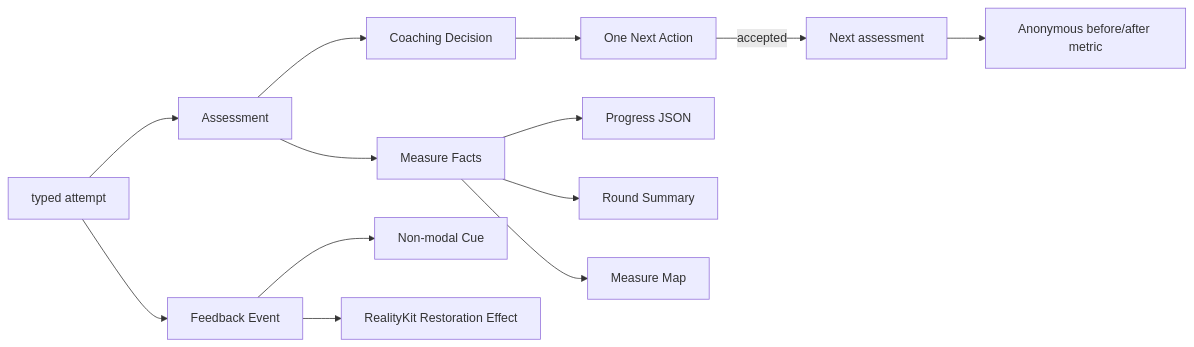
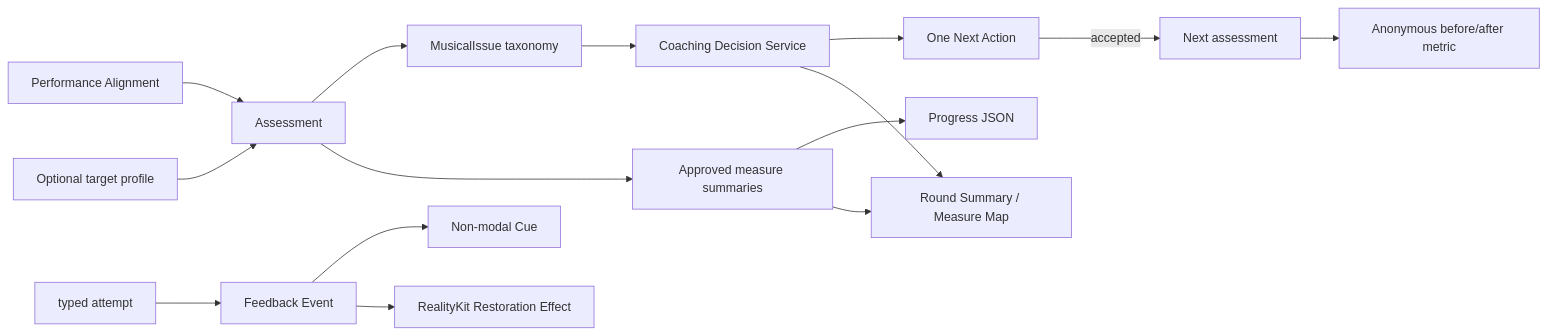
One commit to chiimagnus/HappyPianist changed the third of 4 diagrams in docs/data-flow.md. Above: the diagram before and after it, drawn with Mermaid. The commit also changed other lines of this file and 10 other files, not shown here.

````diff
--- a/docs/data-flow.md
+++ b/docs/data-flow.md
@@ -229,15 +229,17 @@
 ```mermaid
 flowchart LR
-  A[typed attempt] --> B[Assessment]
-  B --> C[Coaching Decision]
-  C --> D[One Next Action]
-  D -->|accepted| E[Next assessment]
-  E --> F[Anonymous before/after metric]
-  B --> G[Measure Facts]
-  G --> H[Progress JSON]
-  A --> I[Feedback Event]
-  I --> J[Non-modal Cue]
-  I --> K[RealityKit Restoration Effect]
-  G --> L[Round Summary]
-  G --> M[Measure Map]
+  A[Performance Alignment] --> B[Assessment]
+  T[Optional target profile] --> B
+  B --> C[MusicalIssue taxonomy]
+  C --> D[Coaching Decision Service]
+  D --> E[One Next Action]
+  E -->|accepted| F[Next assessment]
+  F --> G[Anonymous before/after metric]
+  B --> H[Approved measure summaries]
+  H --> I[Progress JSON]
+  J[typed attempt] --> K[Feedback Event]
+  K --> L[Non-modal Cue]
+  K --> M[RealityKit Restoration Effect]
+  H --> N[Round Summary / Measure Map]
+  D --> N
 ```
````
